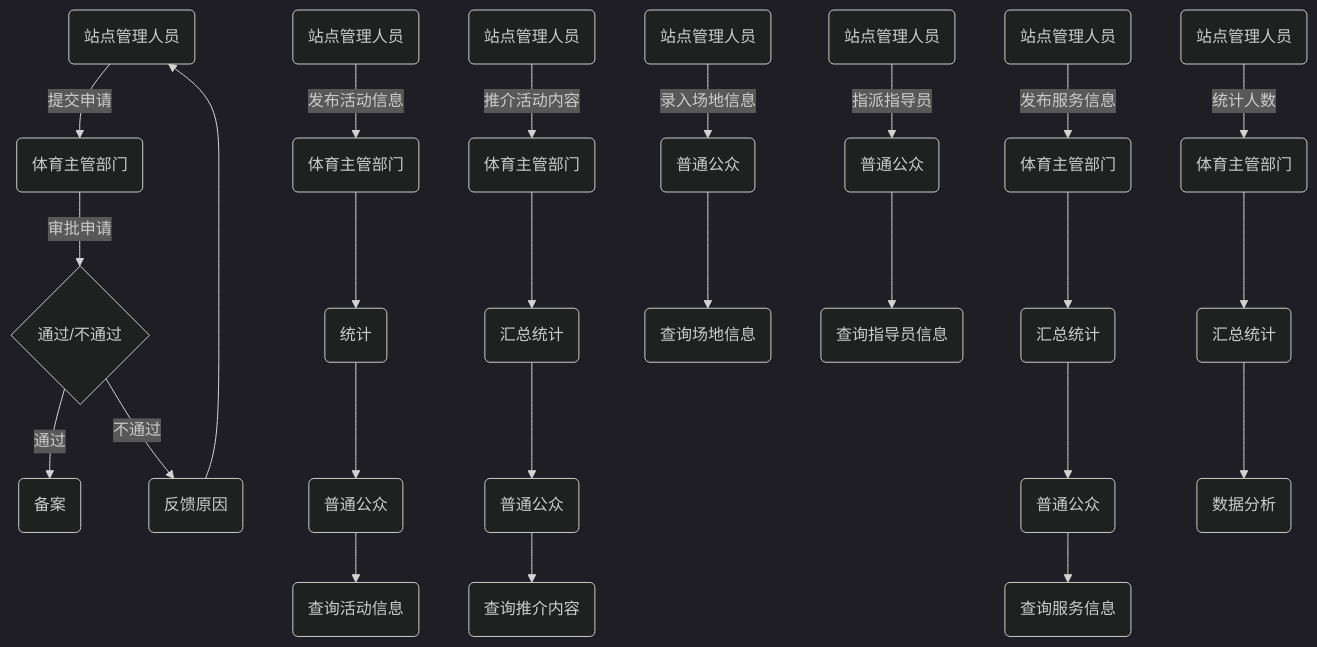
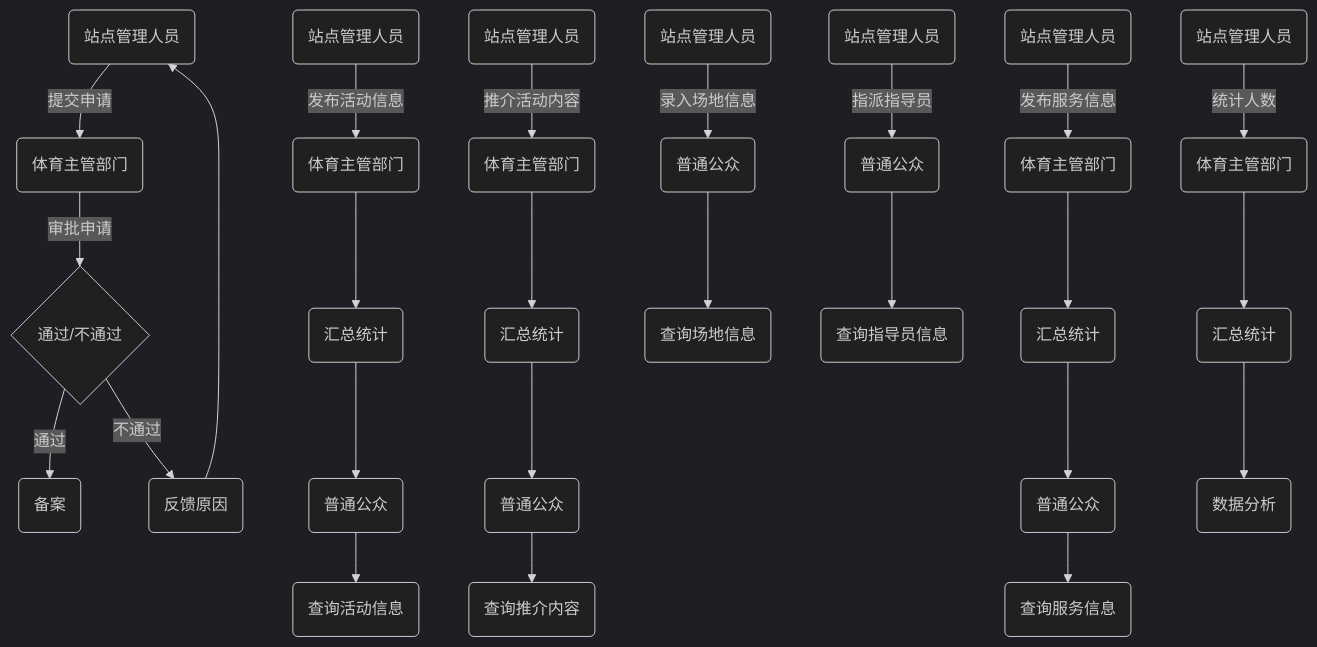
One commit to miaozjs/iodraw-files changed the diagram in all/未命名-1.md. Above: the diagram before and after it, drawn with Mermaid (dark theme).

Commit message:
2024-06-13 17:35:52 update

````diff
--- a/all/未命名-1.md
+++ b/all/未命名-1.md
@@ -1,34 +1,34 @@
 ```mermaid
 graph TD
     A1(站点管理人员) -->|提交申请| A2(体育主管部门)
     A2 -->|审批申请| A3{通过/不通过}
     A3 -->|通过| A4(备案)
     A3 -->|不通过| A5(反馈原因)
     A5 --> A1
 
     B1(站点管理人员) -->|发布活动信息| B2(体育主管部门)
-    B2 --> B3(统计)
+    B2 --> B3(汇总统计)
     B3 --> B4(普通公众)
     B4 --> B5(查询活动信息)
 
     C1(站点管理人员) -->|推介活动内容| C2(体育主管部门)
     C2 --> C3(汇总统计)
     C3 --> C4(普通公众)
     C4 --> C5(查询推介内容)
 
     D1(站点管理人员) -->|发布服务信息| D2(体育主管部门)
     D2 --> D3(汇总统计)
     D3 --> D4(普通公众)
     D4 --> D5(查询服务信息)
 
     E1(站点管理人员) -->|录入场地信息| E4(普通公众)
     E4 --> E6(查询场地信息)
 
     F1(站点管理人员) -->|指派指导员| F4(普通公众)
     F4 --> F6(查询指导员信息)
 
     G1(站点管理人员) -->|统计人数| G2(体育主管部门)
     G2 --> G3(汇总统计)
     G3 --> G4(数据分析)
 
 ```
````
